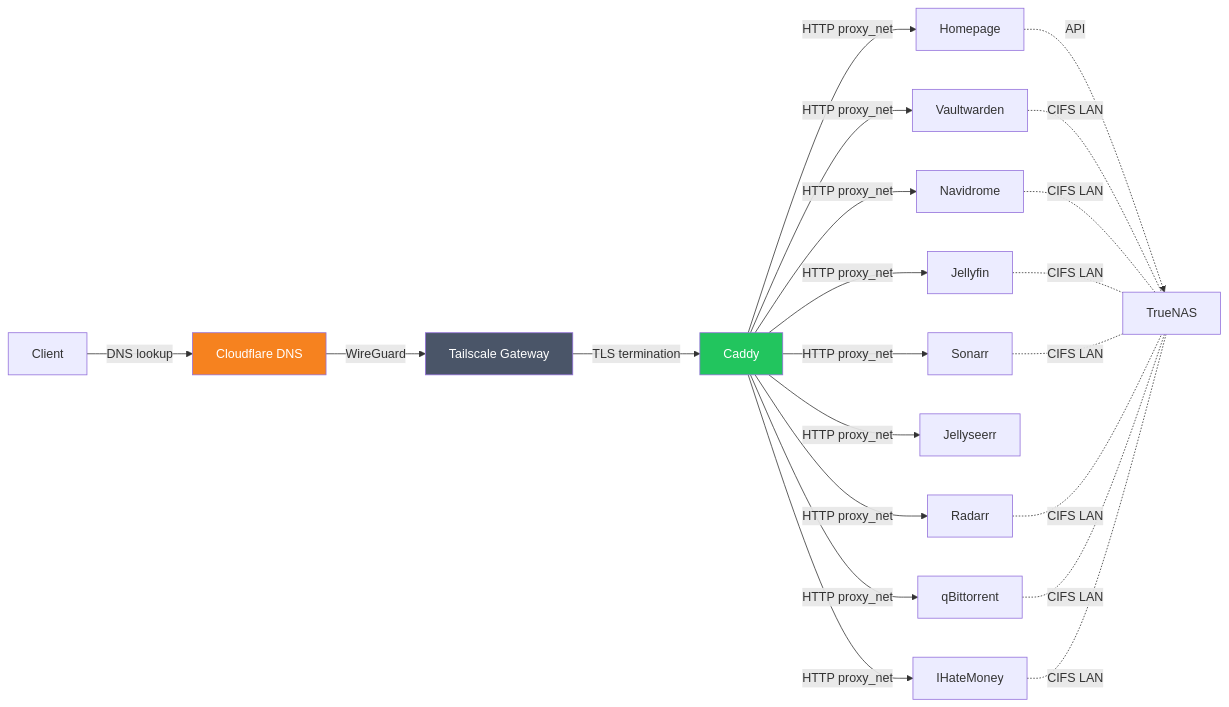
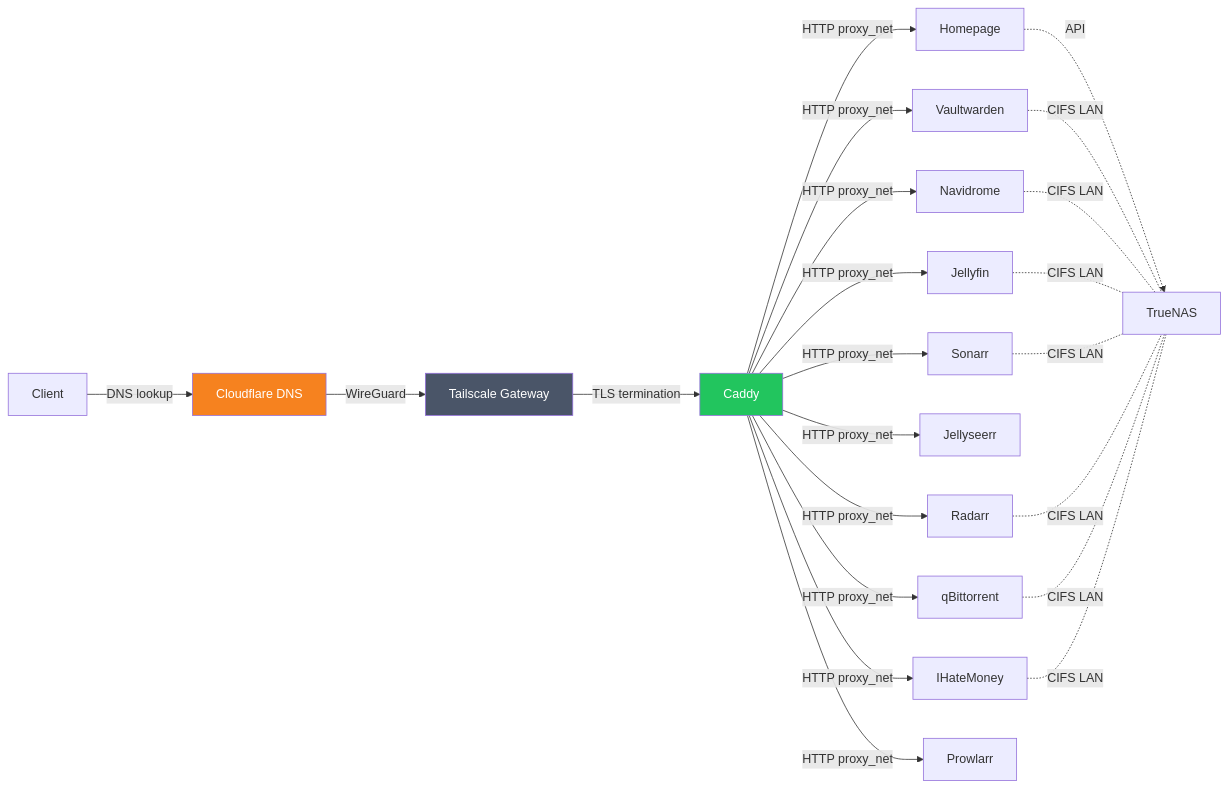
Before and after one commit to masolnada/homelab: the second of 2 diagrams in README.md, drawn with Mermaid. The commit also changed other lines of this file and 3 other files, not shown here.

````diff
--- a/README.md
+++ b/README.md
@@ -77,27 +81,28 @@
 ```mermaid
 graph LR
     Client -->|DNS lookup| CF[Cloudflare DNS]
     CF -->|WireGuard| TS[Tailscale Gateway]
     TS -->|TLS termination| Caddy
     Caddy -->|HTTP proxy_net| Homepage
     Caddy -->|HTTP proxy_net| Vaultwarden
     Caddy -->|HTTP proxy_net| Navidrome
     Caddy -->|HTTP proxy_net| IHateMoney
     Caddy -->|HTTP proxy_net| Jellyfin
     Caddy -->|HTTP proxy_net| Jellyseerr
     Caddy -->|HTTP proxy_net| Sonarr
     Caddy -->|HTTP proxy_net| Radarr
     Caddy -->|HTTP proxy_net| qBittorrent
+    Caddy -->|HTTP proxy_net| Prowlarr
     Homepage -.->|API| NAS[TrueNAS]
     Vaultwarden -.-|CIFS LAN| NAS
     Navidrome -.-|CIFS LAN| NAS
     Jellyfin -.-|CIFS LAN| NAS
     Sonarr -.-|CIFS LAN| NAS
     Radarr -.-|CIFS LAN| NAS
     qBittorrent -.-|CIFS LAN| NAS
     IHateMoney -.-|CIFS LAN| NAS
 
     style CF fill:#f6821f,color:#fff
     style TS fill:#4a5568,color:#fff
     style Caddy fill:#22c55e,color:#fff
 ```
````
